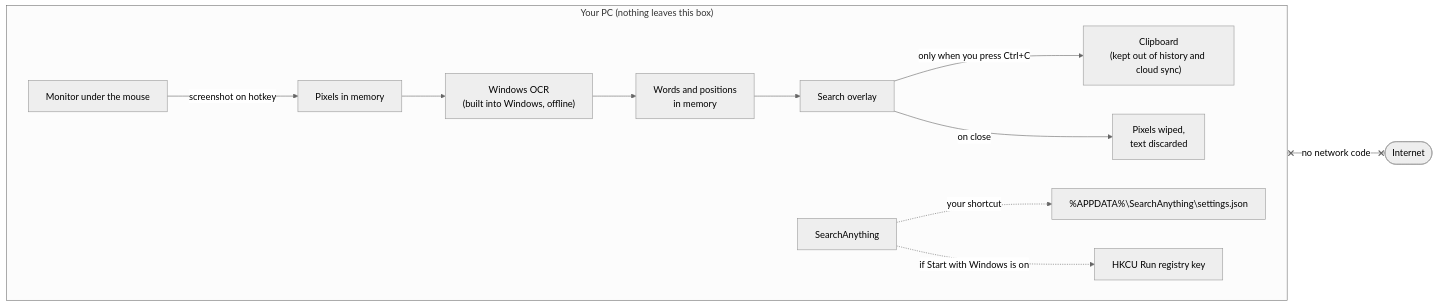
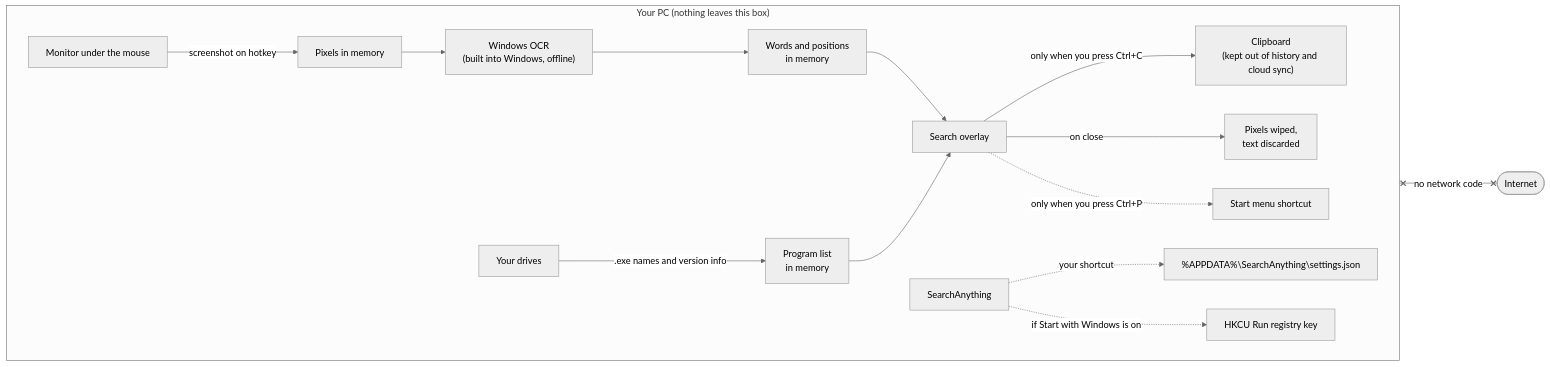
Before and after one commit to glinco/SearchAnything: the first of 2 diagrams in SECURITY.md, drawn with Mermaid (neutral theme). The commit also changed other lines of this file and 11 other files, not shown here.

````diff
--- a/SECURITY.md
+++ b/SECURITY.md
@@ -20,16 +20,19 @@
 ```mermaid
 flowchart LR
     subgraph PC["Your PC (nothing leaves this box)"]
         direction LR
         Screen["Monitor under the mouse"] -->|"screenshot on hotkey"| Mem["Pixels in memory"]
         Mem --> OCR["Windows OCR<br/>(built into Windows, offline)"]
         OCR --> Index["Words and positions<br/>in memory"]
         Index --> Overlay["Search overlay"]
         Overlay -->|"only when you press Ctrl+C"| Clip["Clipboard<br/>(kept out of history and cloud sync)"]
         Overlay -->|"on close"| Wipe["Pixels wiped,<br/>text discarded"]
         App["SearchAnything"] -.->|"your shortcut"| Settings["%APPDATA%\SearchAnything\settings.json"]
         App -.->|"if Start with Windows is on"| Run["HKCU Run registry key"]
+        Drives["Your drives"] -->|".exe names and version info"| Programs["Program list<br/>in memory"]
+        Programs --> Overlay
+        Overlay -.->|"only when you press Ctrl+P"| Start["Start menu shortcut"]
     end
     Net(["Internet"])
     App x--x|"no network code"| Net
 ```
````
